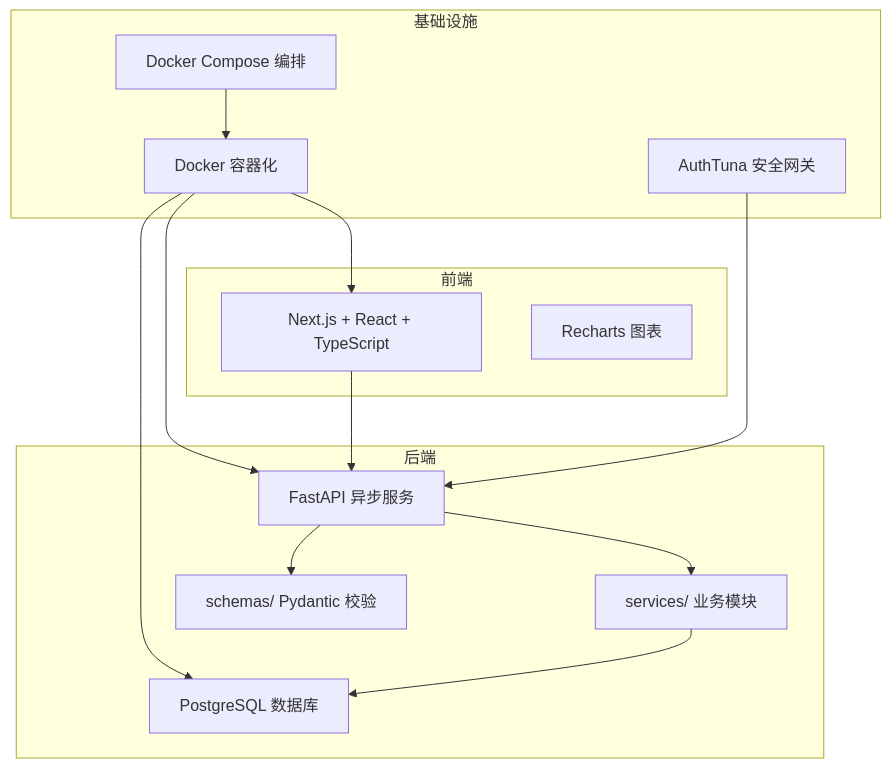
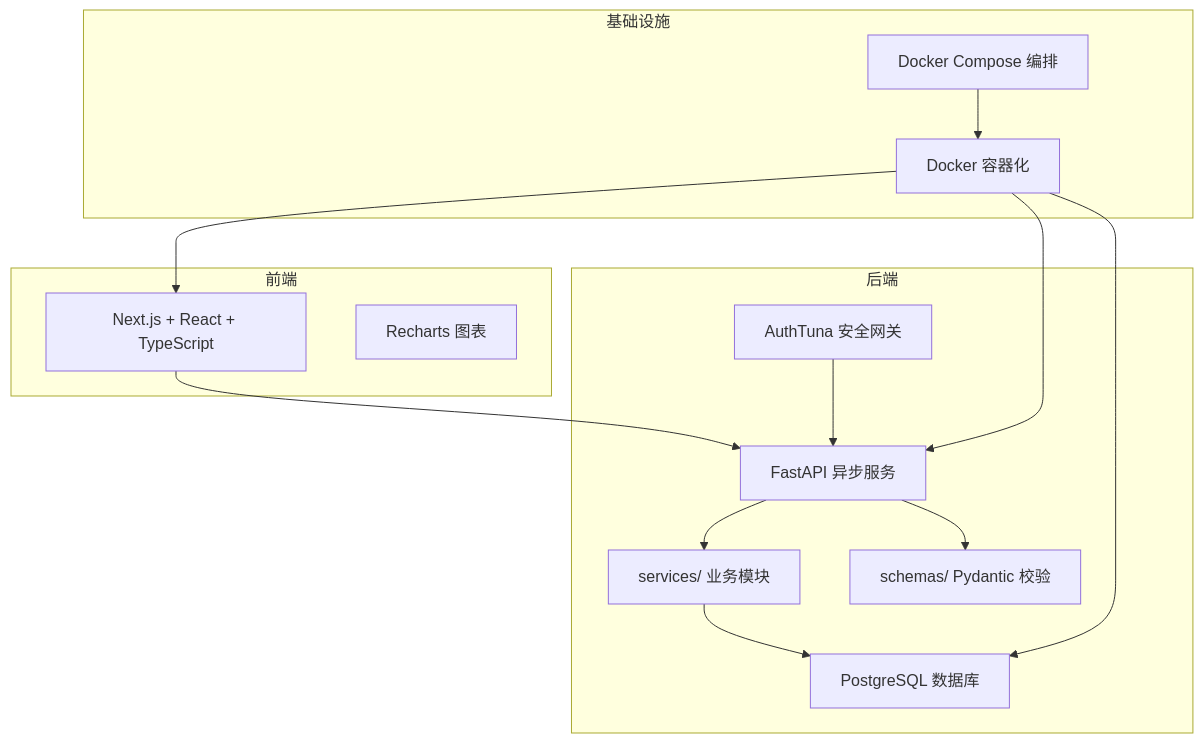
One commit to raymodny-ai/The-Modern-Turtle-Protocol changed the third of 10 diagrams in .qoder/repowiki/zh/content/开发指南.md. Above: the diagram before and after it, drawn with Mermaid. The commit also changed other lines of this file and 15 other files, not shown here.

````diff
--- a/.qoder/repowiki/zh/content/开发指南.md
+++ b/.qoder/repowiki/zh/content/开发指南.md
@@ -133,27 +143,27 @@
 ```mermaid
 graph TB
 subgraph "前端"
 FE["Next.js + React + TypeScript"]
 Charts["Recharts 图表"]
 end
 subgraph "后端"
 API["FastAPI 异步服务"]
 Services["services/ 业务模块"]
 Schemas["schemas/ Pydantic 校验"]
 DB["PostgreSQL 数据库"]
+Security["AuthTuna 安全网关"]
 end
 subgraph "基础设施"
 Docker["Docker 容器化"]
 Compose["Docker Compose 编排"]
-Security["AuthTuna 安全网关"]
 end
 FE --> API
 API --> Services
 API --> Schemas
 Services --> DB
+Security --> API
 Docker --> FE
 Docker --> API
 Docker --> DB
 Compose --> Docker
-Security --> API
 ```
````
